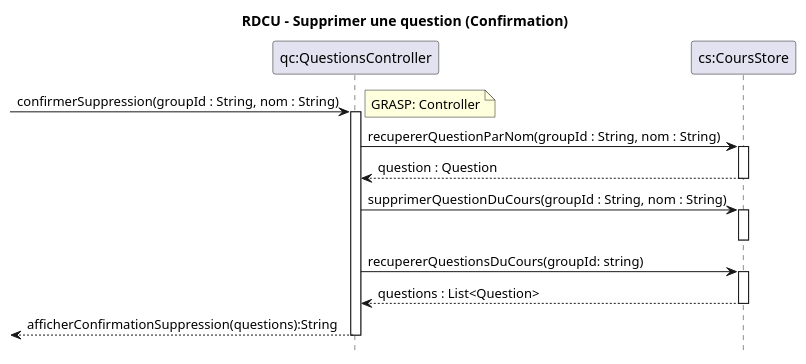
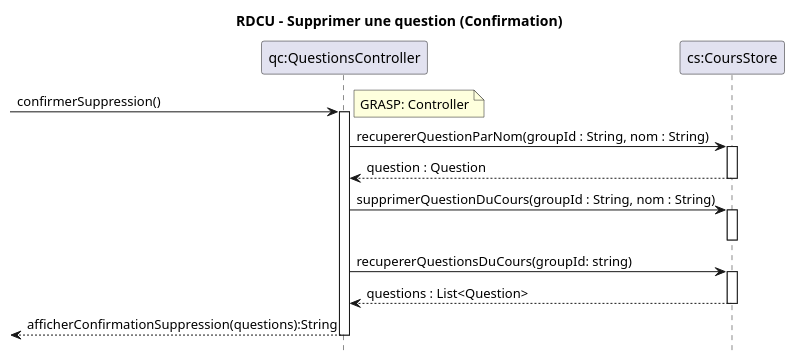
The diagram in docs/modeles/cu02/rdcu-confirmation-suppression.puml (xMrYahya/moodle-clone), drawn with PlantUML before and after one commit. The commit also changed 19 other files, not shown here.

```diff
--- a/docs/modeles/cu02/rdcu-confirmation-suppression.puml
+++ b/docs/modeles/cu02/rdcu-confirmation-suppression.puml
@@ -1,30 +1,30 @@
 @startuml
 hide footbox
 title RDCU – Supprimer une question (Confirmation)
 
 participant "qc:QuestionsController" as QC
 participant "cs:CoursStore" as CS
 
--> QC : confirmerSuppression(groupId : String, nom : String)
+-> QC : confirmerSuppression()
 note right: GRASP: Controller
 activate QC
 
 QC -> CS : recupererQuestionParNom(groupId : String, nom : String)
 activate CS
 CS --> QC : question : Question
 deactivate CS
 
 QC -> CS : supprimerQuestionDuCours(groupId : String, nom : String)
 activate CS
 deactivate CS
 
 QC -> CS : recupererQuestionsDuCours(groupId: string)
 activate CS
 CS --> QC : questions : List<Question>
 deactivate CS
 
 <-- QC : afficherConfirmationSuppression(questions):String
 
 deactivate QC
 
 @enduml
```
